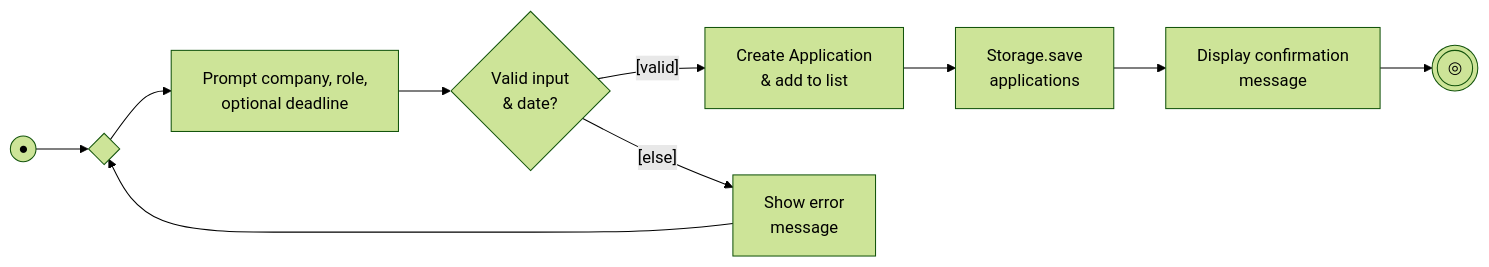
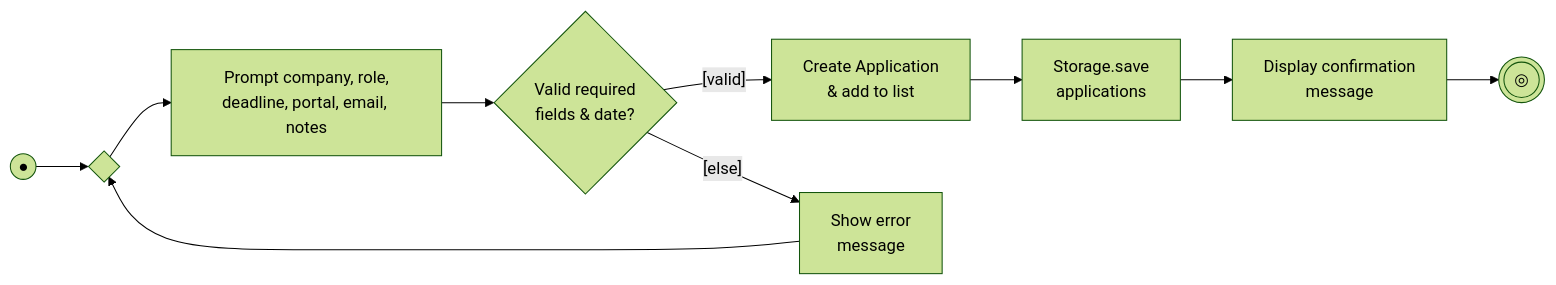
One commit to AY2627S1-CS2113-T10-2/tp changed the sixth of 22 diagrams in docs/DeveloperGuide.md. Above: the diagram before and after it, drawn with Mermaid (forest theme). The commit also changed other lines of this file and 13 other files, not shown here.

First line of the commit message:
feat: add optional company portal link, email, and notes to add/edit features

````diff
--- a/docs/DeveloperGuide.md
+++ b/docs/DeveloperGuide.md
@@ -321,12 +337,12 @@
 ```mermaid
 flowchart LR
     Start((●)) --> MergePrompt{ }
-    MergePrompt --> Prompt["Prompt company, role,<br/>optional deadline"]
-    Prompt --> Validate{"Valid input<br/>& date?"}
+    MergePrompt --> Prompt["Prompt company, role,<br/>deadline, portal, email, notes"]
+    Prompt --> Validate{"Valid required<br/>fields & date?"}
     Validate -->|"[valid]"| Create["Create Application<br/>& add to list"]
     Validate -->|"[else]"| ShowErr["Show error<br/>message"]
     ShowErr --> MergePrompt
     Create --> Save["Storage.save<br/>applications"]
     Save --> Show["Display confirmation<br/>message"]
     Show --> End(((◎)))
 ```
````
